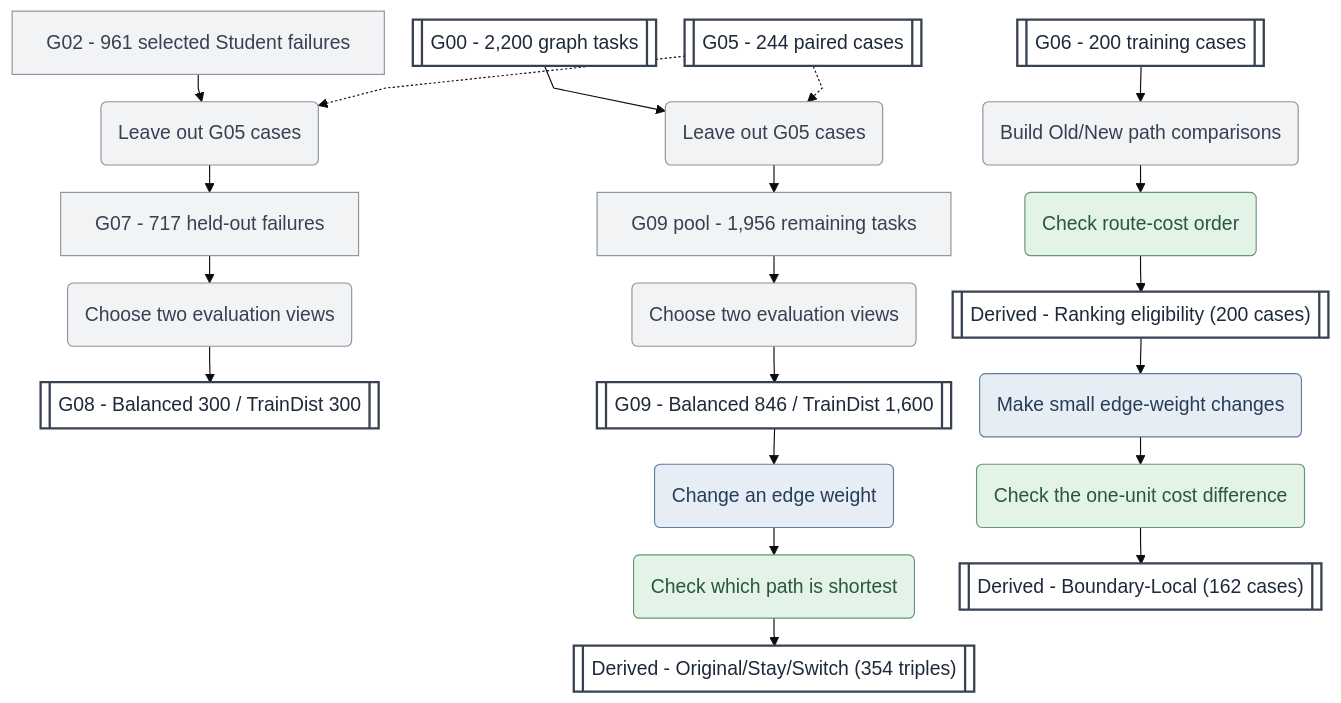
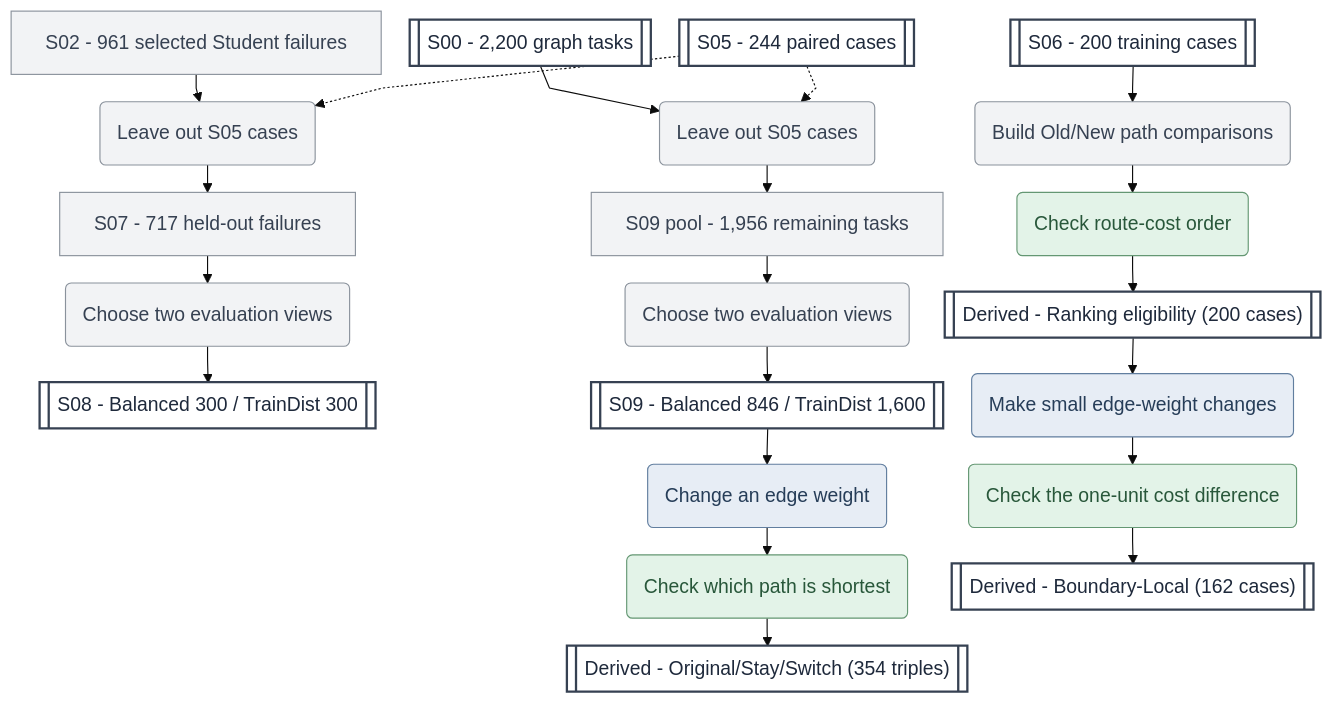
Before and after one commit to MinervaCyy/PathFACT: the second of 3 diagrams in README.md, drawn with Mermaid. The commit also changed other lines of this file and 9 other files, not shown here.

````diff
--- a/README.md
+++ b/README.md
@@ -164,50 +168,50 @@
 ```mermaid
 %%{init: {"theme": "base", "themeVariables": {"fontSize": "17px"}, "flowchart": {"htmlLabels": false, "curve": "linear", "nodeSpacing": 25, "rankSpacing": 24, "wrappingWidth": 440}}}%%
 flowchart TB
-    G02["G02 - 961 selected Student failures"]
-    G00[["G00 - 2,200 graph tasks"]]
-    G05[["G05 - 244 paired cases"]]
+    S02["S02 - 961 selected Student failures"]
+    S00[["S00 - 2,200 graph tasks"]]
+    S05[["S05 - 244 paired cases"]]
 
-    REMOVE08("Leave out G05 cases")
-    G07["G07 - 717 held-out failures"]
+    REMOVE08("Leave out S05 cases")
+    S07["S07 - 717 held-out failures"]
     PICK08("Choose two evaluation views")
-    G08[["G08 - Balanced 300 / TrainDist 300"]]
+    S08[["S08 - Balanced 300 / TrainDist 300"]]
 
-    REMOVE09("Leave out G05 cases")
-    POOL09["G09 pool - 1,956 remaining tasks"]
+    REMOVE09("Leave out S05 cases")
+    POOL09["S09 pool - 1,956 remaining tasks"]
     PICK09("Choose two evaluation views")
-    G09[["G09 - Balanced 846 / TrainDist 1,600"]]
+    S09[["S09 - Balanced 846 / TrainDist 1,600"]]
 
     EDIT("Change an edge weight")
     CFCHECK("Check which path is shortest")
     CF[["Derived - Original/Stay/Switch (354 triples)"]]
 
-    TRAIN[["G06 - 200 training cases"]]
+    TRAIN[["S06 - 200 training cases"]]
     PREFBUILD("Build Old/New path comparisons")
     PREFCHECK("Check route-cost order")
     RANK[["Derived - Ranking eligibility (200 cases)"]]
 
     LOCAL("Make small edge-weight changes")
     LOCALCHECK("Check the one-unit cost difference")
     BOUND[["Derived - Boundary-Local (162 cases)"]]
 
-    G02 --> REMOVE08 --> G07 --> PICK08 --> G08
-    G05 -.-> REMOVE08
+    S02 --> REMOVE08 --> S07 --> PICK08 --> S08
+    S05 -.-> REMOVE08
 
-    G00 --> REMOVE09 --> POOL09 --> PICK09 --> G09
-    G05 -.-> REMOVE09
+    S00 --> REMOVE09 --> POOL09 --> PICK09 --> S09
+    S05 -.-> REMOVE09
 
-    G09 --> EDIT --> CFCHECK --> CF
+    S09 --> EDIT --> CFCHECK --> CF
     TRAIN --> PREFBUILD --> PREFCHECK --> RANK
     RANK --> LOCAL --> LOCALCHECK --> BOUND
 
     classDef generator fill:#E7EDF5,stroke:#617E9F,color:#263D58
     classDef verifier fill:#E3F3E8,stroke:#649773,color:#28573A
     classDef python fill:#F2F3F5,stroke:#8A929C,color:#364152
     classDef dataset fill:#FFFFFF,stroke:#364152,color:#1E293B,stroke-width:2px
 
     class EDIT,LOCAL generator
     class CFCHECK,PREFCHECK,LOCALCHECK verifier
-    class G02,G07,POOL09,REMOVE08,REMOVE09,PICK08,PICK09,PREFBUILD python
-    class G00,G05,G08,G09,TRAIN,CF,RANK,BOUND dataset
+    class S02,S07,POOL09,REMOVE08,REMOVE09,PICK08,PICK09,PREFBUILD python
+    class S00,S05,S08,S09,TRAIN,CF,RANK,BOUND dataset
 ```
````
